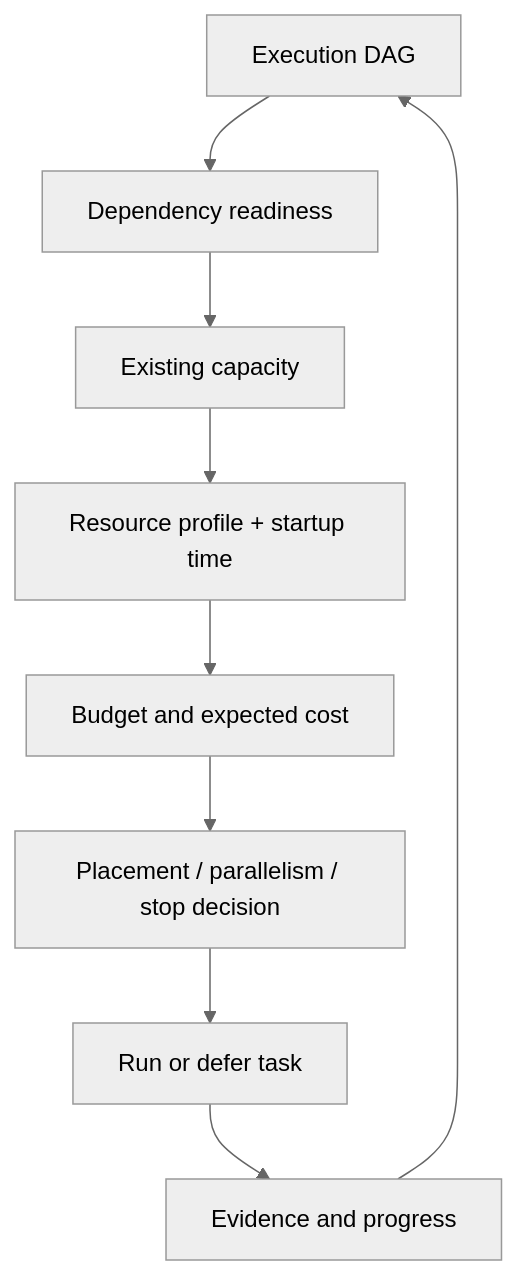
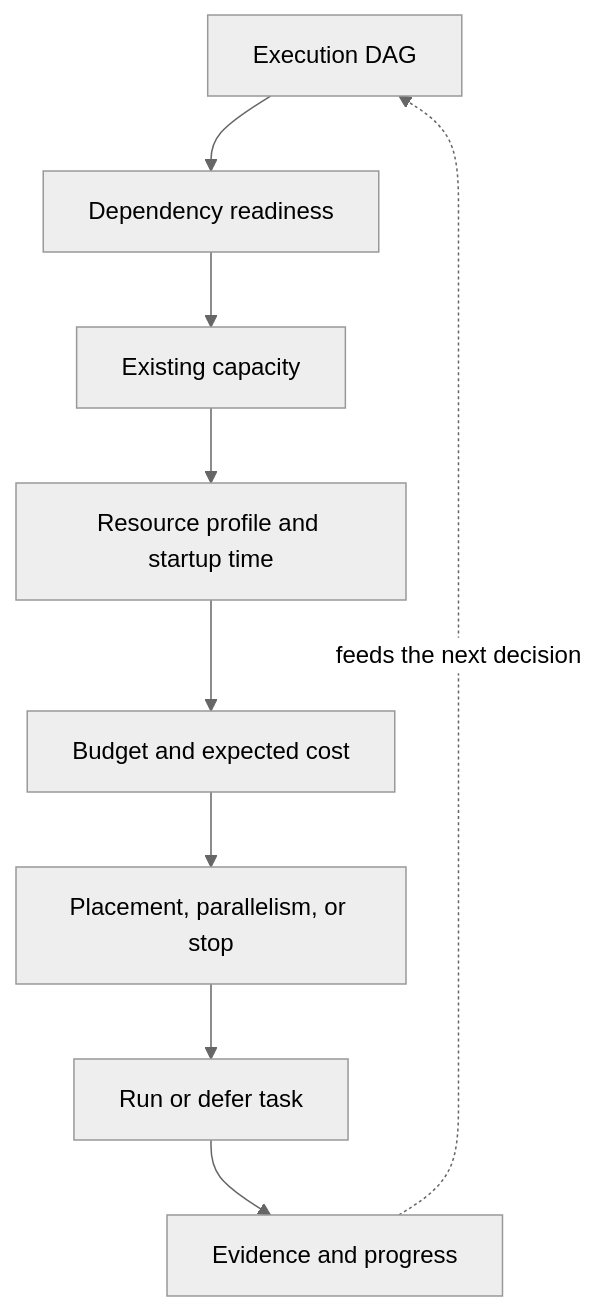
The eighth of 8 diagrams in README.md (chetas1208/GhostRange), drawn with Mermaid (neutral theme) before and after one commit. The commit also changed other lines of this file and 9 other files, not shown here.

````diff
--- a/README.md
+++ b/README.md
@@ -253,11 +237,11 @@
 ```mermaid
 flowchart TD
-    DAG[Execution DAG] --> READY[Dependency readiness]
-    READY --> CAP[Existing capacity]
-    CAP --> PROFILE[Resource profile + startup time]
-    PROFILE --> COST[Budget and expected cost]
-    COST --> DEC[Placement / parallelism / stop decision]
-    DEC --> RUN[Run or defer task]
-    RUN --> OBS[Evidence and progress]
-    OBS --> DAG
+    DAG["Execution DAG"] --> READY["Dependency readiness"]
+    READY --> CAP["Existing capacity"]
+    CAP --> PROFILE["Resource profile and startup time"]
+    PROFILE --> COST["Budget and expected cost"]
+    COST --> DEC["Placement, parallelism, or stop"]
+    DEC --> RUN["Run or defer task"]
+    RUN --> OBS["Evidence and progress"]
+    OBS -.->|"feeds the next decision"| DAG
 ```
````
